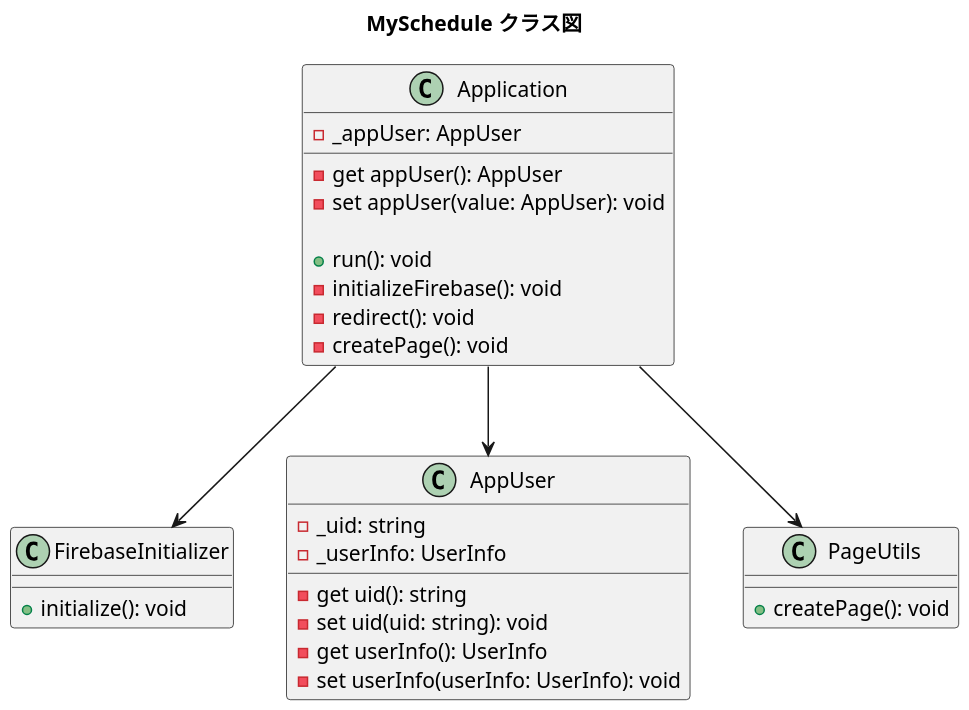
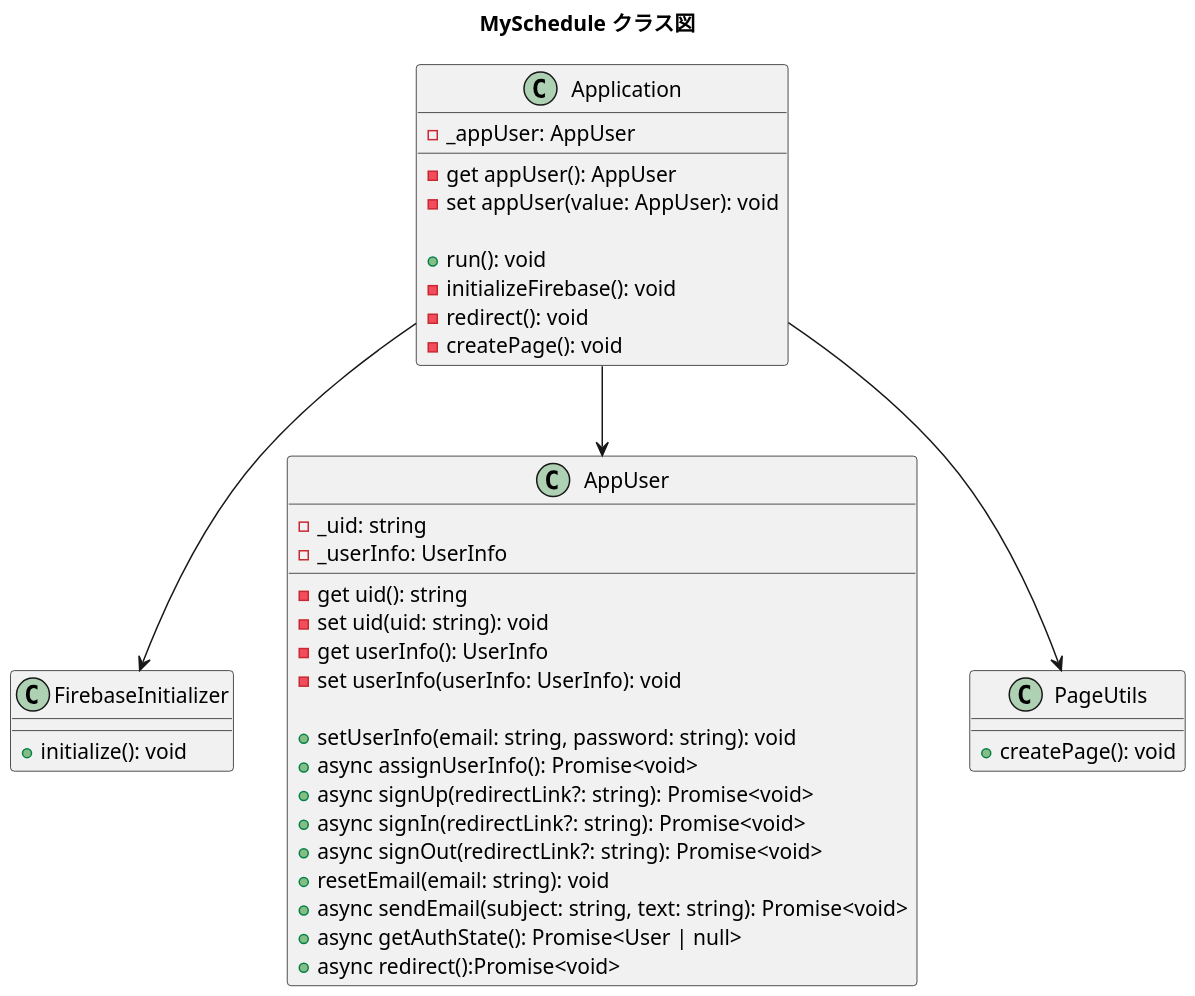
One commit to CA01971172/MySchedule changed the diagram in classUML.pu. Above: the diagram before and after it, drawn with PlantUML. The commit also changed 1 other file, not shown here.

Commit message:
Implement AppUser

```diff
--- a/classUML.pu
+++ b/classUML.pu
@@ -1,39 +1,49 @@
 @startuml MySchedule
 title MySchedule クラス図
 skinparam dpi 150
 
 class Application {
   - _appUser: AppUser
 
   - get appUser(): AppUser
   - set appUser(value: AppUser): void
 
   + run(): void
   - initializeFirebase(): void
   - redirect(): void
   - createPage(): void
 }
 
 class FirebaseInitializer {
   + initialize(): void
 }
 
 class AppUser {
     - _uid: string
     - _userInfo: UserInfo
 
     - get uid(): string
     - set uid(uid: string): void
     - get userInfo(): UserInfo
     - set userInfo(userInfo: UserInfo): void
+
+    + setUserInfo(email: string, password: string): void
+    + async assignUserInfo(): Promise<void>
+    + async signUp(redirectLink?: string): Promise<void>
+    + async signIn(redirectLink?: string): Promise<void>
+    + async signOut(redirectLink?: string): Promise<void>
+    + resetEmail(email: string): void
+    + async sendEmail(subject: string, text: string): Promise<void>
+    + async getAuthState(): Promise<User | null>
+    + async redirect():Promise<void>
 }
 
 class PageUtils {
   + createPage(): void
 }
 
 Application --> FirebaseInitializer
 Application --> AppUser
 Application --> PageUtils
 
 @enduml
```
